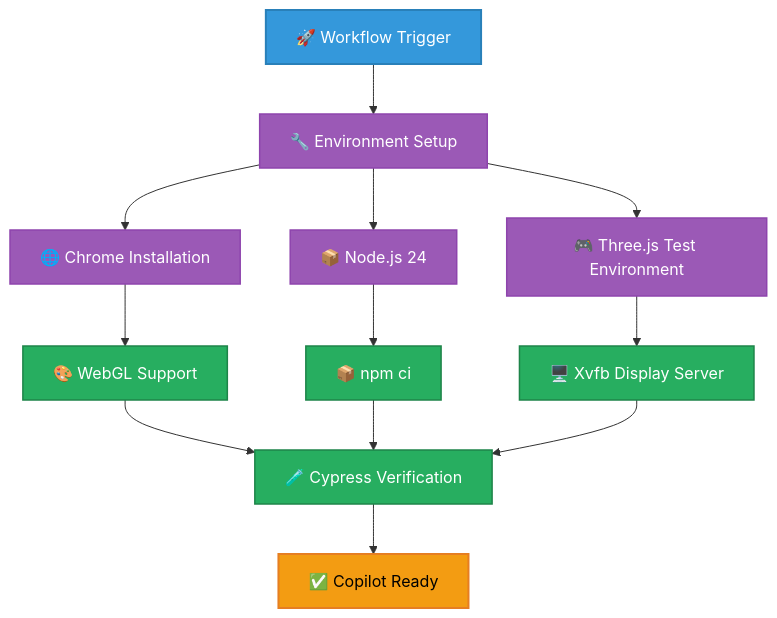
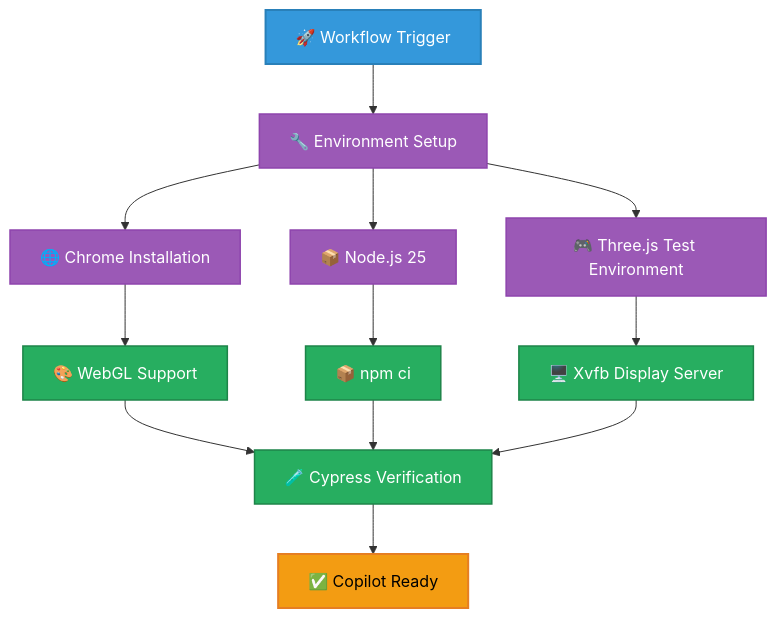
Before and after one commit to Hack23/blacktrigram: the ninth of 13 diagrams in docs/api/media/WORKFLOWS.md, drawn with Mermaid. The commit also changed other lines of this file and 31 other files, not shown here.

````diff
--- a/docs/api/media/WORKFLOWS.md
+++ b/docs/api/media/WORKFLOWS.md
@@ -431,27 +431,27 @@
 ```mermaid
 flowchart TD
     Trigger[🚀 Workflow Trigger] --> Setup[🔧 Environment Setup]
     Setup --> Chrome[🌐 Chrome Installation]
-    Setup --> Node[📦 Node.js 24]
+    Setup --> Node[📦 Node.js 25]
     Setup --> ThreeJS[🎮 Three.js Test Environment]
     
     Chrome --> WebGL[🎨 WebGL Support]
     Node --> Dependencies[📦 npm ci]
     ThreeJS --> Xvfb[🖥️ Xvfb Display Server]
     
     WebGL --> Cypress[🧪 Cypress Verification]
     Dependencies --> Cypress
     Xvfb --> Cypress
     
     Cypress --> Ready[✅ Copilot Ready]
     
     classDef trigger fill:#3498db,stroke:#2980b9,stroke-width:2px,color:white
     classDef setup fill:#9b59b6,stroke:#8e44ad,stroke-width:1.5px,color:white
     classDef install fill:#27ae60,stroke:#1e8449,stroke-width:1.5px,color:white
     classDef ready fill:#f39c12,stroke:#e67e22,stroke-width:2px,color:black
     
     class Trigger trigger
     class Setup,Node,Chrome,ThreeJS setup
     class WebGL,Dependencies,Xvfb,Cypress install
     class Ready ready
 ```
````
